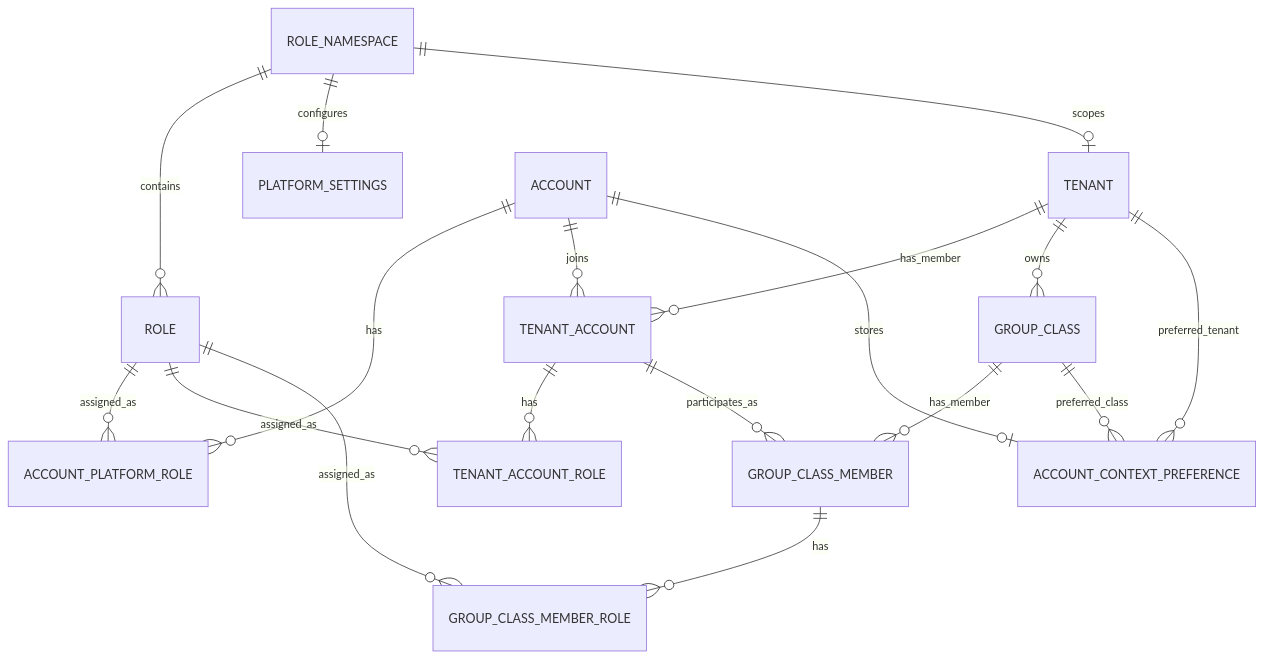
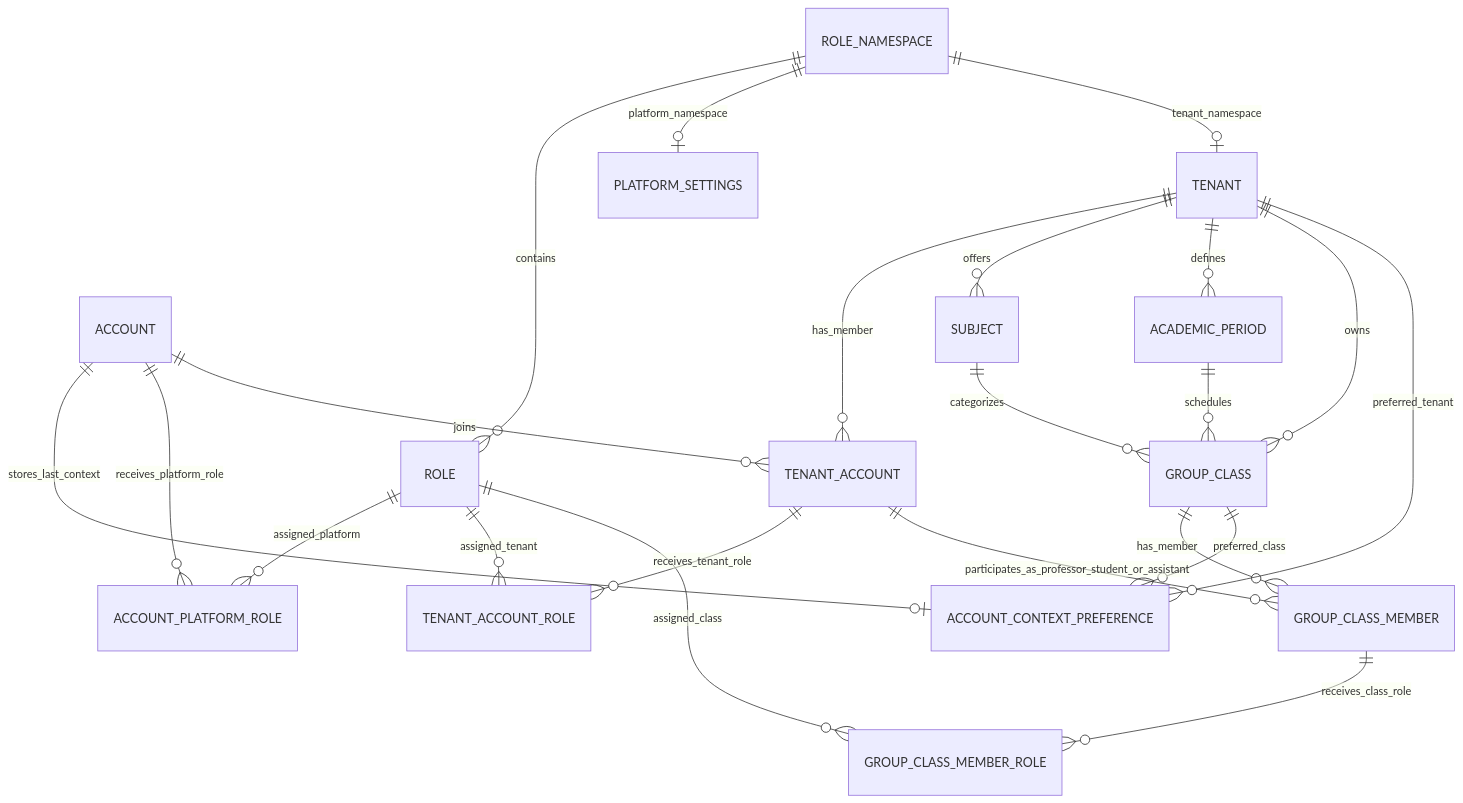
The second of 6 diagrams in docs/rbac.md (cristiandlahoz/socratic-tutor), drawn with Mermaid before and after one commit. The commit also changed other lines of this file and 1 other file, not shown here.

First line of the commit message:
docs: clarify RBAC thesis diagrams

````diff
--- a/docs/rbac.md
+++ b/docs/rbac.md
@@ -71,24 +86,30 @@
 ```mermaid
 erDiagram
+    ACCOUNT ||--o| ACCOUNT_CONTEXT_PREFERENCE : stores_last_context
+
     ROLE_NAMESPACE ||--o{ ROLE : contains
-    ROLE_NAMESPACE ||--o| PLATFORM_SETTINGS : configures
-    ROLE_NAMESPACE ||--o| TENANT : scopes
+    ROLE_NAMESPACE ||--o| PLATFORM_SETTINGS : platform_namespace
+    ROLE_NAMESPACE ||--o| TENANT : tenant_namespace
 
-    ACCOUNT ||--o{ ACCOUNT_PLATFORM_ROLE : has
-    ROLE ||--o{ ACCOUNT_PLATFORM_ROLE : assigned_as
+    ACCOUNT ||--o{ ACCOUNT_PLATFORM_ROLE : receives_platform_role
+    ROLE ||--o{ ACCOUNT_PLATFORM_ROLE : assigned_platform
 
+    ACCOUNT ||--o{ TENANT_ACCOUNT : joins
     TENANT ||--o{ TENANT_ACCOUNT : has_member
-    ACCOUNT ||--o{ TENANT_ACCOUNT : joins
-    TENANT_ACCOUNT ||--o{ TENANT_ACCOUNT_ROLE : has
-    ROLE ||--o{ TENANT_ACCOUNT_ROLE : assigned_as
+    TENANT_ACCOUNT ||--o{ TENANT_ACCOUNT_ROLE : receives_tenant_role
+    ROLE ||--o{ TENANT_ACCOUNT_ROLE : assigned_tenant
 
+    TENANT ||--o{ SUBJECT : offers
+    TENANT ||--o{ ACADEMIC_PERIOD : defines
     TENANT ||--o{ GROUP_CLASS : owns
+    SUBJECT ||--o{ GROUP_CLASS : categorizes
+    ACADEMIC_PERIOD ||--o{ GROUP_CLASS : schedules
+
     GROUP_CLASS ||--o{ GROUP_CLASS_MEMBER : has_member
-    TENANT_ACCOUNT ||--o{ GROUP_CLASS_MEMBER : participates_as
-    GROUP_CLASS_MEMBER ||--o{ GROUP_CLASS_MEMBER_ROLE : has
-    ROLE ||--o{ GROUP_CLASS_MEMBER_ROLE : assigned_as
+    TENANT_ACCOUNT ||--o{ GROUP_CLASS_MEMBER : participates_as_professor_student_or_assistant
+    GROUP_CLASS_MEMBER ||--o{ GROUP_CLASS_MEMBER_ROLE : receives_class_role
+    ROLE ||--o{ GROUP_CLASS_MEMBER_ROLE : assigned_class
 
-    ACCOUNT ||--o| ACCOUNT_CONTEXT_PREFERENCE : stores
     TENANT ||--o{ ACCOUNT_CONTEXT_PREFERENCE : preferred_tenant
     GROUP_CLASS ||--o{ ACCOUNT_CONTEXT_PREFERENCE : preferred_class
 ```
````
